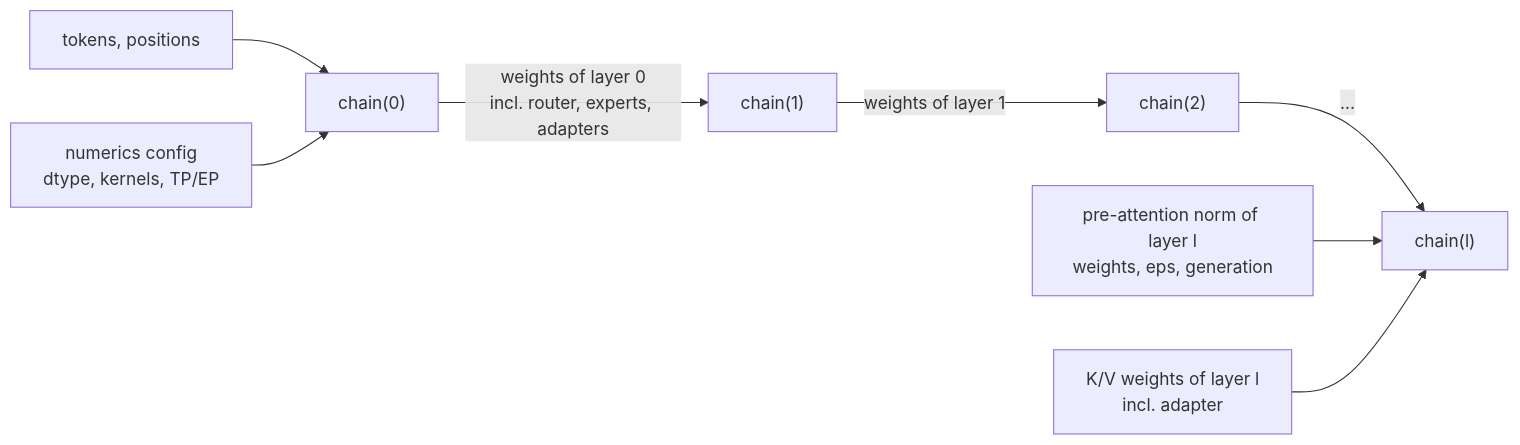
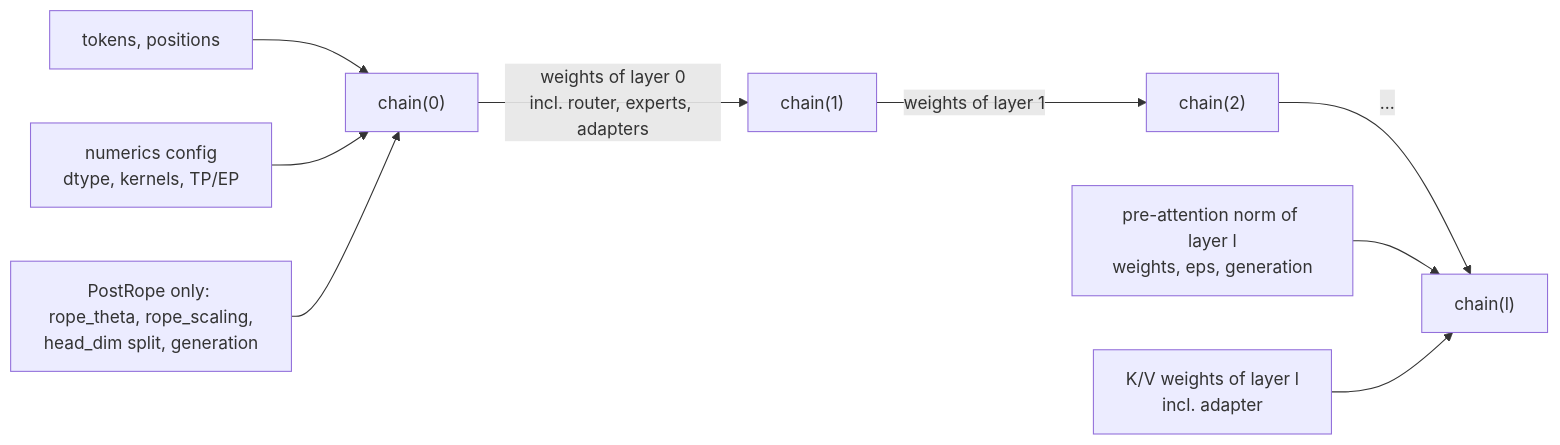
One commit to xrey167/PTR changed the second of 2 diagrams in docs/architecture/36-kv-reuse.md. Above: the diagram before and after it, drawn with Mermaid. The commit also changed other lines of this file and 1 other file, not shown here.

````diff
--- a/docs/architecture/36-kv-reuse.md
+++ b/docs/architecture/36-kv-reuse.md
@@ -314,10 +335,11 @@
 ```mermaid
 flowchart LR
     T["tokens, positions"] --> K0["chain(0)"]
     K0 -->|"weights of layer 0\nincl. router, experts, adapters"| K1["chain(1)"]
     K1 -->|"weights of layer 1"| K2["chain(2)"]
     K2 -->|"..."| KL["chain(l)"]
     N["numerics config\ndtype, kernels, TP/EP"] --> K0
     PN["pre-attention norm of layer l\nweights, eps, generation"] --> KL
+    RP["PostRope only: rope_theta, rope_scaling,\nhead_dim split, generation"] --> K0
     KV["K/V weights of layer l\nincl. adapter"] --> KL
 ```
````
